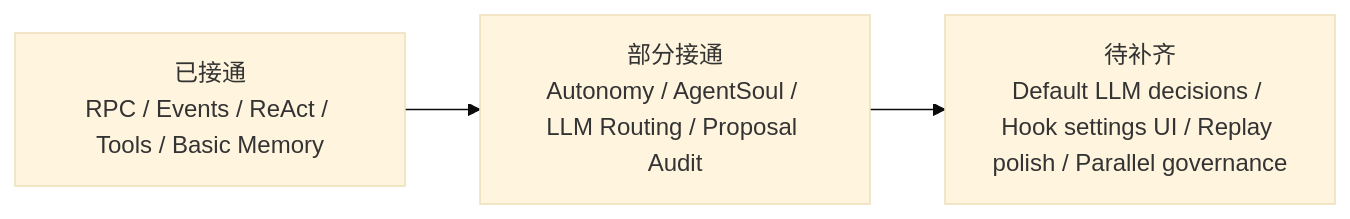
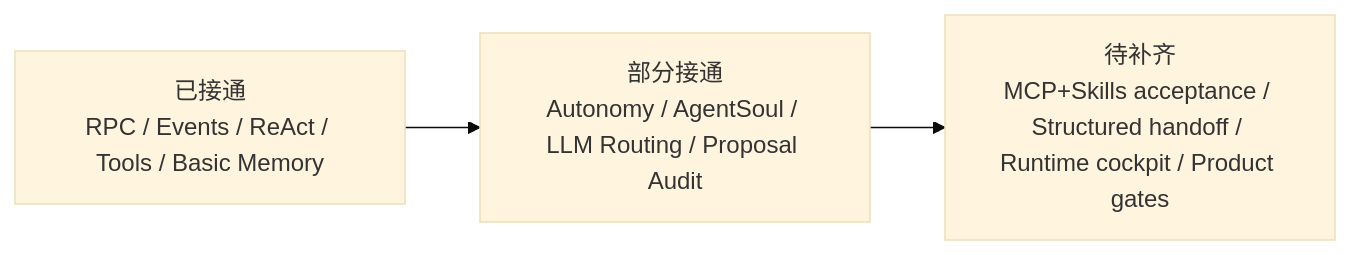
The ninth of 12 diagrams in docs/YUANBAO_AGENT_DOCS_CONSOLIDATED.md (sunhy339/yuanbao_agent), drawn with Mermaid (base theme) before and after one commit. The commit also changed other lines of this file and 3 other files, not shown here.

````diff
--- a/docs/YUANBAO_AGENT_DOCS_CONSOLIDATED.md
+++ b/docs/YUANBAO_AGENT_DOCS_CONSOLIDATED.md
@@ -801,5 +801,5 @@
 ```mermaid
 flowchart LR
   Done["已接通\nRPC / Events / ReAct / Tools / Basic Memory"] --> Partial["部分接通\nAutonomy / AgentSoul / LLM Routing / Proposal Audit"]
-  Partial --> Todo["待补齐\nDefault LLM decisions / Hook settings UI / Replay polish / Parallel governance"]
+  Partial --> Todo["待补齐\nMCP+Skills acceptance / Structured handoff / Runtime cockpit / Product gates"]
 ```
````
